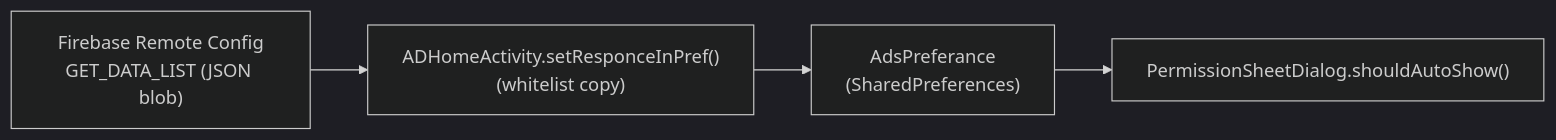
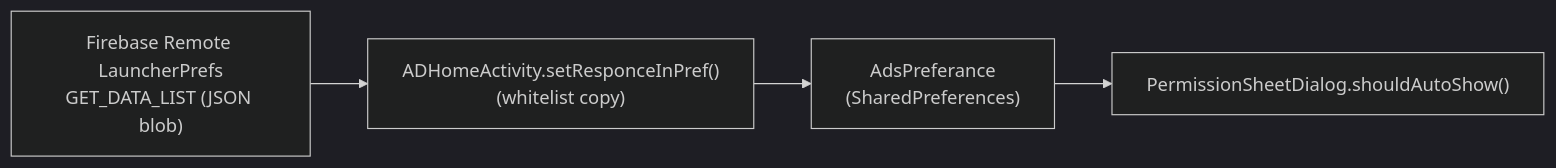
One commit to poojakpeworld00-hue/Caller__ID__Lookup changed the first of 3 diagrams in docs/permission-sheet-flow.md. Above: the diagram before and after it, drawn with Mermaid (dark theme). The commit also changed other lines of this file and 463 other files, not shown here.

````diff
--- a/docs/permission-sheet-flow.md
+++ b/docs/permission-sheet-flow.md
@@ -52,8 +52,8 @@
 ```mermaid
 flowchart LR
-    RC["Firebase Remote Config<br/>GET_DATA_LIST (JSON blob)"]
+    RC["Firebase Remote LauncherPrefs<br/>GET_DATA_LIST (JSON blob)"]
     SPLASH["ADHomeActivity.setResponceInPref()<br/>(whitelist copy)"]
     ADS["AdsPreferance<br/>(SharedPreferences)"]
     GATE["PermissionSheetDialog.shouldAutoShow()"]
     RC --> SPLASH --> ADS --> GATE
 ```
````
